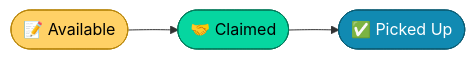
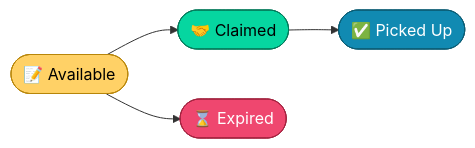
The second of 6 diagrams in README.md (still-trying/food-rescue), drawn with Mermaid before and after one commit. The commit also changed other lines of this file, not shown here.

````diff
--- a/README.md
+++ b/README.md
@@ -139,9 +185,11 @@
 ```mermaid
 flowchart LR
     A(["📝 Available"]) --> B(["🤝 Claimed"])
     B --> C(["✅ Picked Up"])
+    A --> D(["⌛ Expired"])
 
     style A fill:#FFD166,stroke:#b8860b,color:#000000
     style B fill:#06D6A0,stroke:#04795a,color:#000000
     style C fill:#118AB2,stroke:#0b5c73,color:#ffffff
+    style D fill:#EF476F,stroke:#a3223f,color:#ffffff
 ```
````
